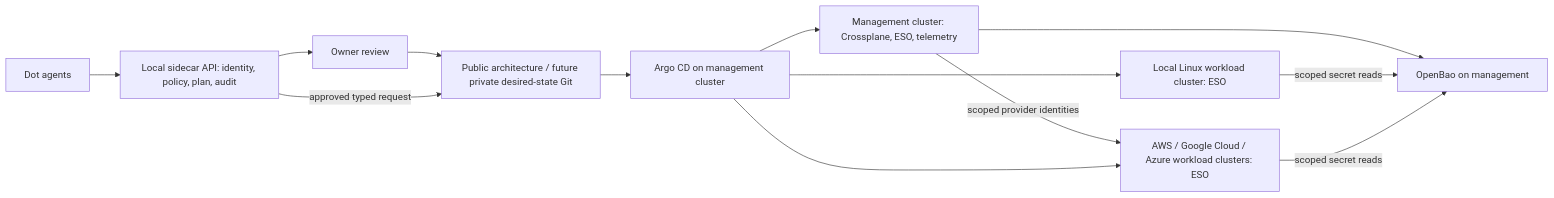
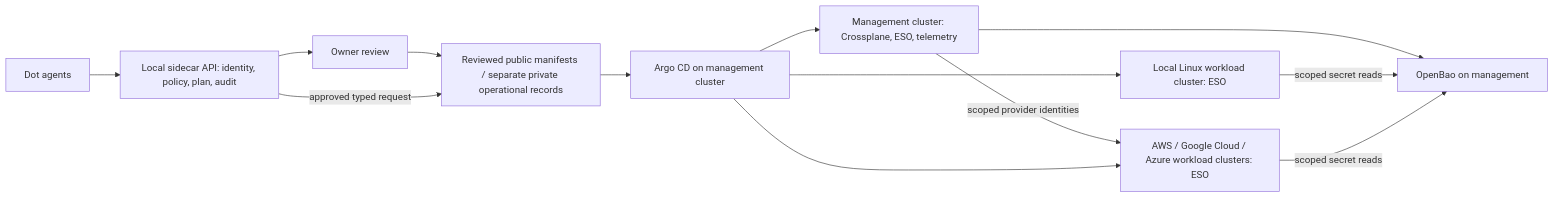
The diagram in README.md (newdarwindev/dots-local-sidecar-cloud-infrastructure), drawn with Mermaid before and after one commit. The commit also changed other lines of this file and 26 other files, not shown here.

````diff
--- a/README.md
+++ b/README.md
@@ -26,15 +32,15 @@
 ```mermaid
 flowchart LR
-  O[Owner review] --> G[Public architecture / future private desired-state Git]
+  O[Owner review] --> G[Reviewed public manifests / separate private operational records]
   A[Dot agents] --> S[Local sidecar API: identity, policy, plan, audit]
   S --> O
   G --> AC[Argo CD on management cluster]
   AC --> M[Management cluster: Crossplane, ESO, telemetry]
   AC --> W[Local Linux workload cluster: ESO]
   M --> B
   M -->|scoped provider identities| C[AWS / Google Cloud / Azure workload clusters: ESO]
   AC --> C
   W -->|scoped secret reads| B[OpenBao on management]
   C -->|scoped secret reads| B
   S -->|approved typed request| G
 ```
````
